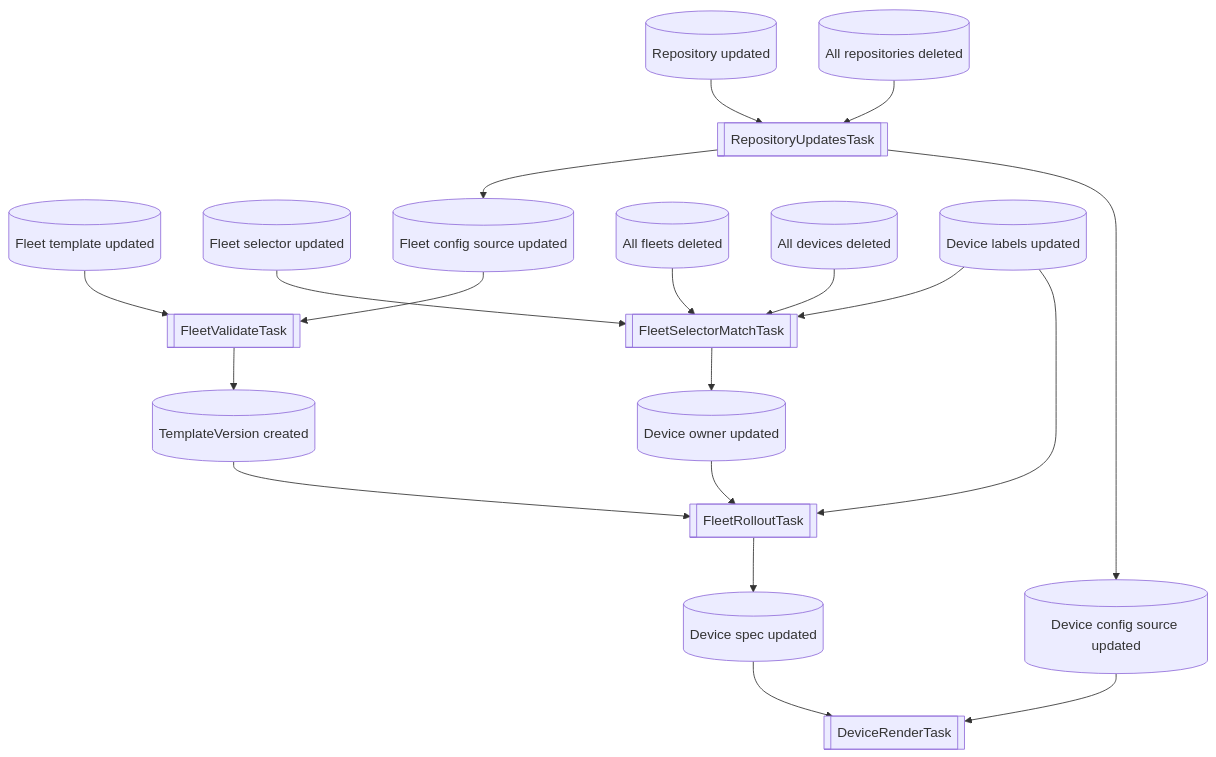
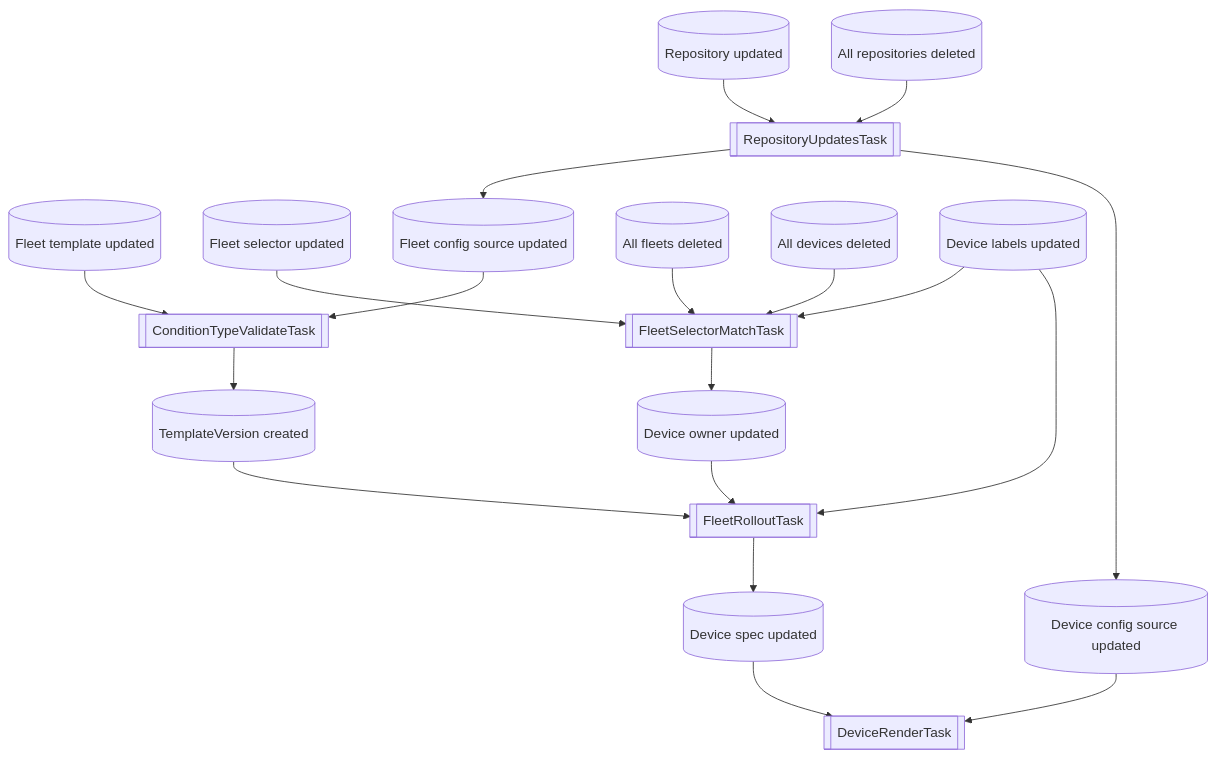
The diagram in docs/developer/architecture/tasks.md (flightctl/flightctl), drawn with Mermaid before and after one commit. The commit also changed 29 other files, not shown here.

Commit message:
EDM-839: Eliminate duplicate enum values defined in ConditionType and rename generated go vars

````diff
--- a/docs/developer/architecture/tasks.md
+++ b/docs/developer/architecture/tasks.md
@@ -14,22 +14,22 @@
 ```mermaid
 flowchart TD
-    FltTemplateUpdated[(Fleet template updated)] --> FleetValidateTask[[FleetValidateTask]]
+    FltTemplateUpdated[(Fleet template updated)] --> ConditionTypeValidateTask[[ConditionTypeValidateTask]]
     FltSelectorUpdated[(Fleet selector updated)] --> FleetSelectorMatchTask[[FleetSelectorMatchTask]]
-    FltConfigSourceUpdated[(Fleet config source updated)] --> FleetValidateTask[[FleetValidateTask]]
+    FltConfigSourceUpdated[(Fleet config source updated)] --> ConditionTypeValidateTask[[ConditionTypeValidateTask]]
     RepoUpdated[(Repository updated)] --> RepositoryUpdatesTask[[RepositoryUpdatesTask]]
     ReposDeleted[(All repositories deleted)] --> RepositoryUpdatesTask[[RepositoryUpdatesTask]]
     FleetsDeleted[(All fleets deleted)] --> FleetSelectorMatchTask[[FleetSelectorMatchTask]]
     DevsDeleted[(All devices deleted)] --> FleetSelectorMatchTask[[FleetSelectorMatchTask]]
     DevLabelsUpdated[(Device labels updated)] --> FleetSelectorMatchTask[[FleetSelectorMatchTask]]
     DevSpecUpdated[(Device spec updated)] --> DeviceRenderTask[[DeviceRenderTask]]
     DevConfigSourceUpdated[(Device config source updated)] --> DeviceRenderTask[[DeviceRenderTask]]
     TemplateVersionCreated[(TemplateVersion created)] --> FleetRolloutTask[[FleetRolloutTask]]
     DevLabelsUpdated --> FleetRolloutTask
     DevOwnerUpdated[(Device owner updated)] --> FleetRolloutTask
 
     FleetRolloutTask --> DevSpecUpdated
     FleetSelectorMatchTask --> DevOwnerUpdated
-    FleetValidateTask --> TemplateVersionCreated
+    ConditionTypeValidateTask --> TemplateVersionCreated
     RepositoryUpdatesTask --> FltConfigSourceUpdated
     RepositoryUpdatesTask --> DevConfigSourceUpdated
 ```
````
